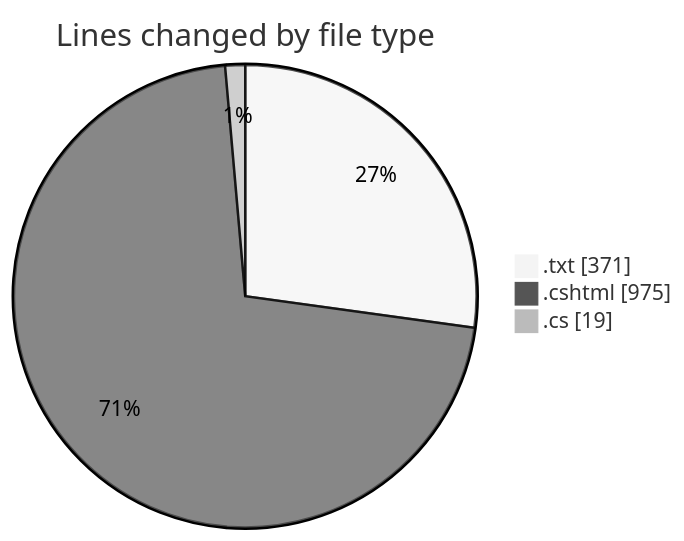
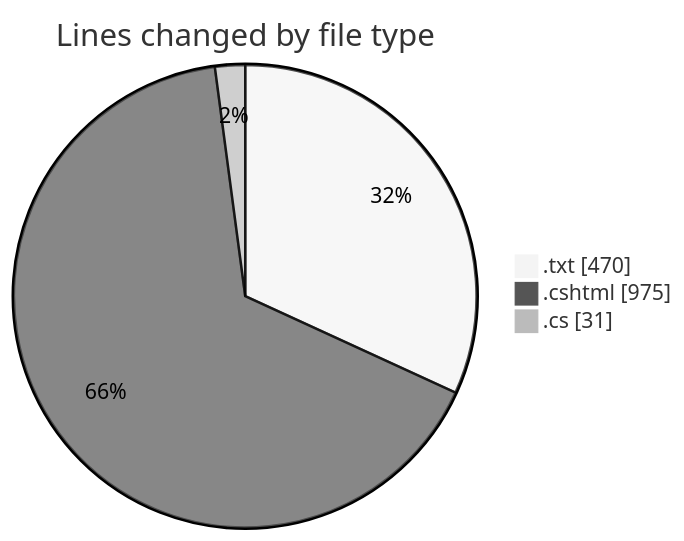
Before and after one commit to lephambinh05/code-tracking: the first of 2 diagrams in 2025-07-25/quanlyrapchieuphim-1/README.md, drawn with Mermaid (neutral theme). The commit also changed other lines of this file and 1 other file, not shown here.

````diff
--- a/2025-07-25/quanlyrapchieuphim-1/README.md
+++ b/2025-07-25/quanlyrapchieuphim-1/README.md
@@ -23,7 +23,7 @@
 ```mermaid
 pie showData
 title Lines changed by file type
-".txt" : 371
+".txt" : 470
 ".cshtml" : 975
-".cs" : 19
+".cs" : 31
 ```
````
